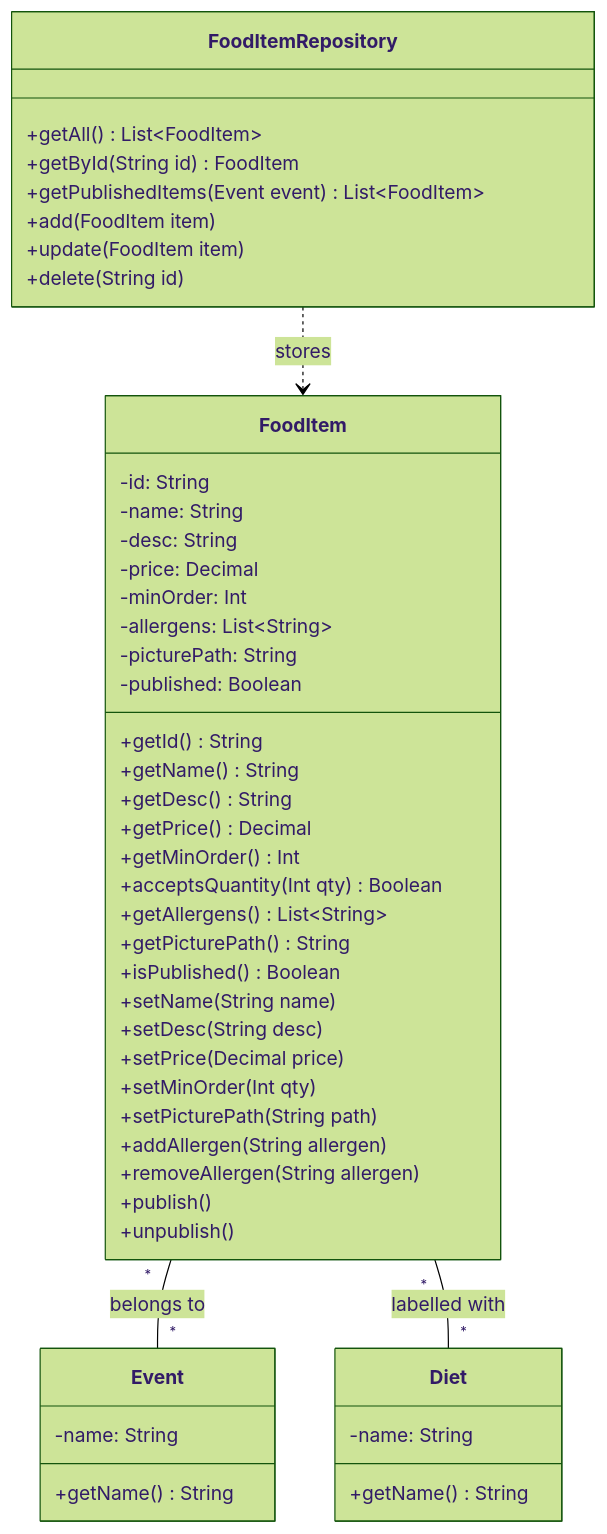
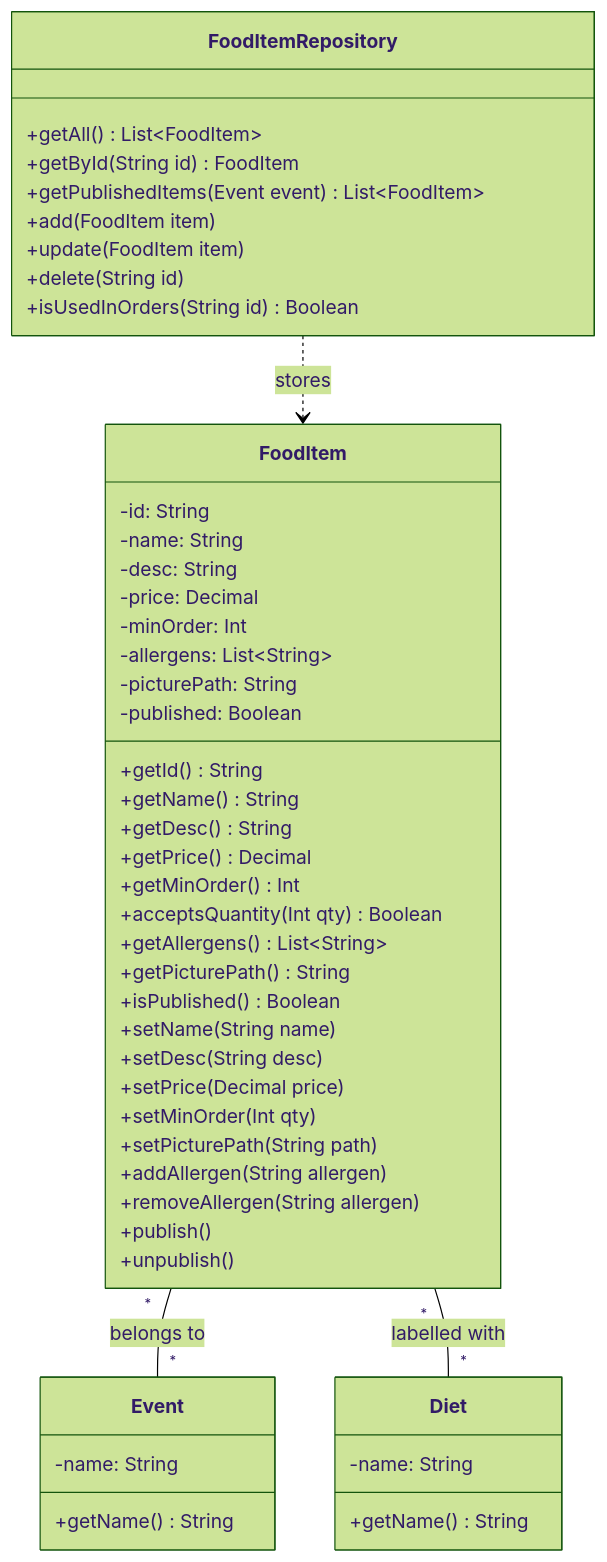
Before and after one commit to vikri8772/assignment4: the diagram in docs/plans/domain_food_class.md, drawn with Mermaid (forest theme).

````diff
--- a/docs/plans/domain_food_class.md
+++ b/docs/plans/domain_food_class.md
@@ -1,55 +1,56 @@
 ```mermaid
    classDiagram
     class FoodItem {
         -id: String
         -name: String
         -desc: String
         -price: Decimal
         -minOrder: Int
         -allergens: List~String~
         -picturePath: String
         -published: Boolean
         +getId() String
         +getName() String
         +getDesc() String
         +getPrice() Decimal
         +getMinOrder() Int
         +acceptsQuantity(Int qty) Boolean
         +getAllergens() List~String~
         +getPicturePath() String
         +isPublished() Boolean
         +setName(String name)
         +setDesc(String desc)
         +setPrice(Decimal price)
         +setMinOrder(Int qty)
         +setPicturePath(String path)
         +addAllergen(String allergen)
         +removeAllergen(String allergen)
         +publish()
         +unpublish()
     }
 
     class Event {
         -name: String
         +getName() String
     }
 
     class Diet {
         -name: String
         +getName() String
     }
 
     class FoodItemRepository {
         +getAll() List~FoodItem~
         +getById(String id) FoodItem
         +getPublishedItems(Event event) List~FoodItem~
         +add(FoodItem item)
         +update(FoodItem item)
         +delete(String id)
+        +isUsedInOrders(String id) Boolean
     }
 
     FoodItem "*" -- "*" Event : belongs to
     FoodItem "*" -- "*" Diet : labelled with
     FoodItemRepository ..> FoodItem : stores
 
 ```
````
